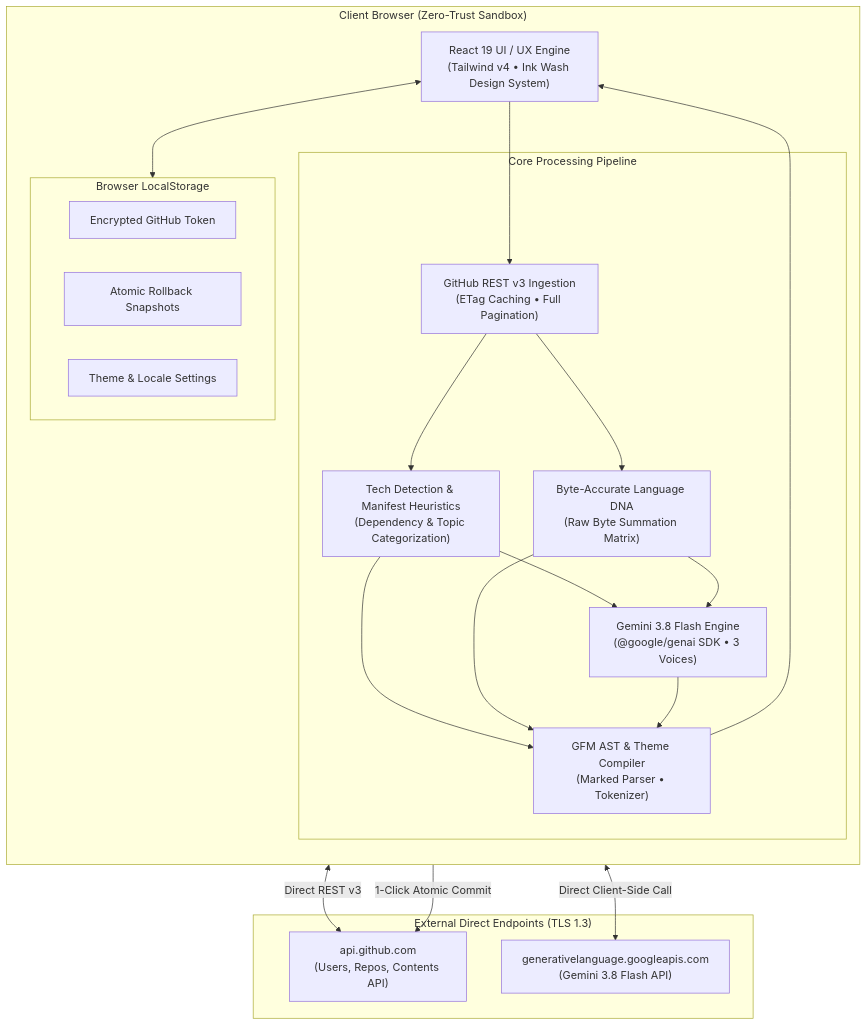
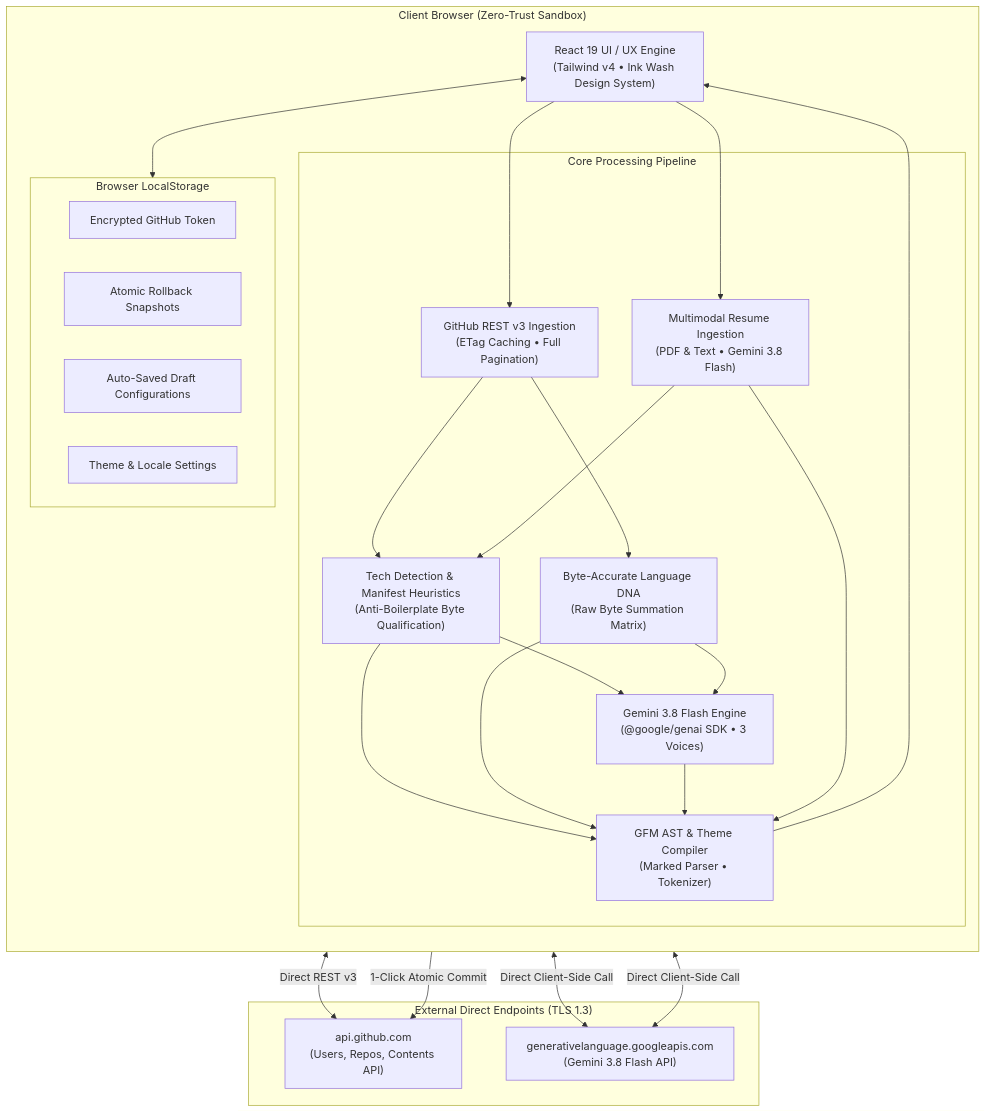
One commit to Bavly-Hamdy/readme-studio changed the second of 4 diagrams in README.md. Above: the diagram before and after it, drawn with Mermaid. The commit also changed other lines of this file, not shown here.

Commit message:
docs: expand README.md with comprehensive theme markdown previews and scoring equations

````diff
--- a/README.md
+++ b/README.md
@@ -129,44 +175,51 @@
 ```mermaid
 flowchart TB
     subgraph ClientBrowser [" Client Browser (Zero-Trust Sandbox) "]
         direction TB
         UIEngine["React 19 UI / UX Engine<br/>(Tailwind v4 • Ink Wash Design System)"]
         
         subgraph Pipeline [" Core Processing Pipeline "]
             IngestEngine["GitHub REST v3 Ingestion<br/>(ETag Caching • Full Pagination)"]
-            ASTParser["Tech Detection & Manifest Heuristics<br/>(Dependency & Topic Categorization)"]
+            ResumeParser["Multimodal Resume Ingestion<br/>(PDF & Text • Gemini 3.8 Flash)"]
+            ASTParser["Tech Detection & Manifest Heuristics<br/>(Anti-Boilerplate Byte Qualification)"]
             DNASummarizer["Byte-Accurate Language DNA<br/>(Raw Byte Summation Matrix)"]
             GeminiSynthesizer["Gemini 3.8 Flash Engine<br/>(@google/genai SDK • 3 Voices)"]
             MarkdownAST["GFM AST & Theme Compiler<br/>(Marked Parser • Tokenizer)"]
         end
 
         subgraph LocalPersistence [" Browser LocalStorage "]
             LocalPAT["Encrypted GitHub Token"]
             LocalSnapshots["Atomic Rollback Snapshots"]
+            LocalDrafts["Auto-Saved Draft Configurations"]
             LocalSettings["Theme & Locale Settings"]
         end
     end
 
     subgraph ExternalAPIs [" External Direct Endpoints (TLS 1.3) "]
         GitHubAPI["api.github.com<br/>(Users, Repos, Contents API)"]
         GoogleAI["generativelanguage.googleapis.com<br/>(Gemini 3.8 Flash API)"]
     end
 
     UIEngine --> IngestEngine
+    UIEngine --> ResumeParser
     IngestEngine <-->|Direct REST v3| GitHubAPI
+    ResumeParser <-->|Direct Client-Side Call| GoogleAI
+    
     IngestEngine --> ASTParser
     IngestEngine --> DNASummarizer
+    ResumeParser --> ASTParser
     
     ASTParser --> GeminiSynthesizer
     DNASummarizer --> GeminiSynthesizer
     GeminiSynthesizer <-->|Direct Client-Side Call| GoogleAI
     
     ASTParser --> MarkdownAST
     DNASummarizer --> MarkdownAST
     GeminiSynthesizer --> MarkdownAST
+    ResumeParser --> MarkdownAST
     
     MarkdownAST --> UIEngine
     
     UIEngine -->|1-Click Atomic Commit| GitHubAPI
     UIEngine <--> LocalPersistence
 ```
````
